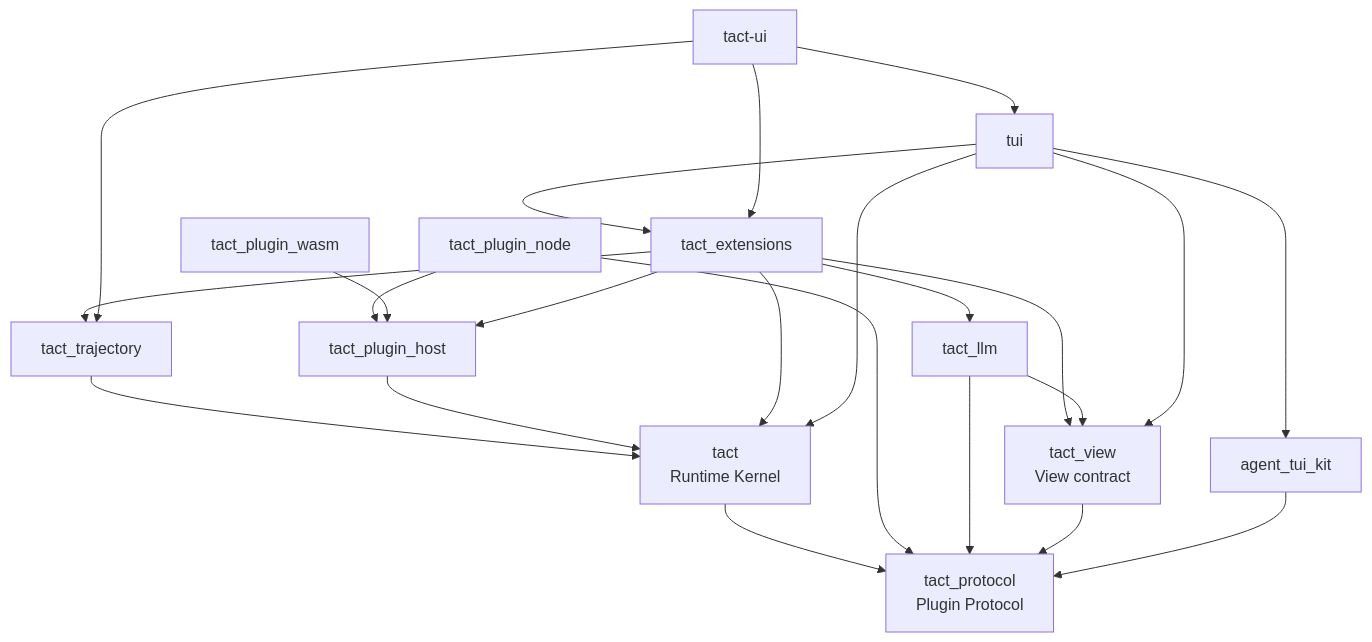
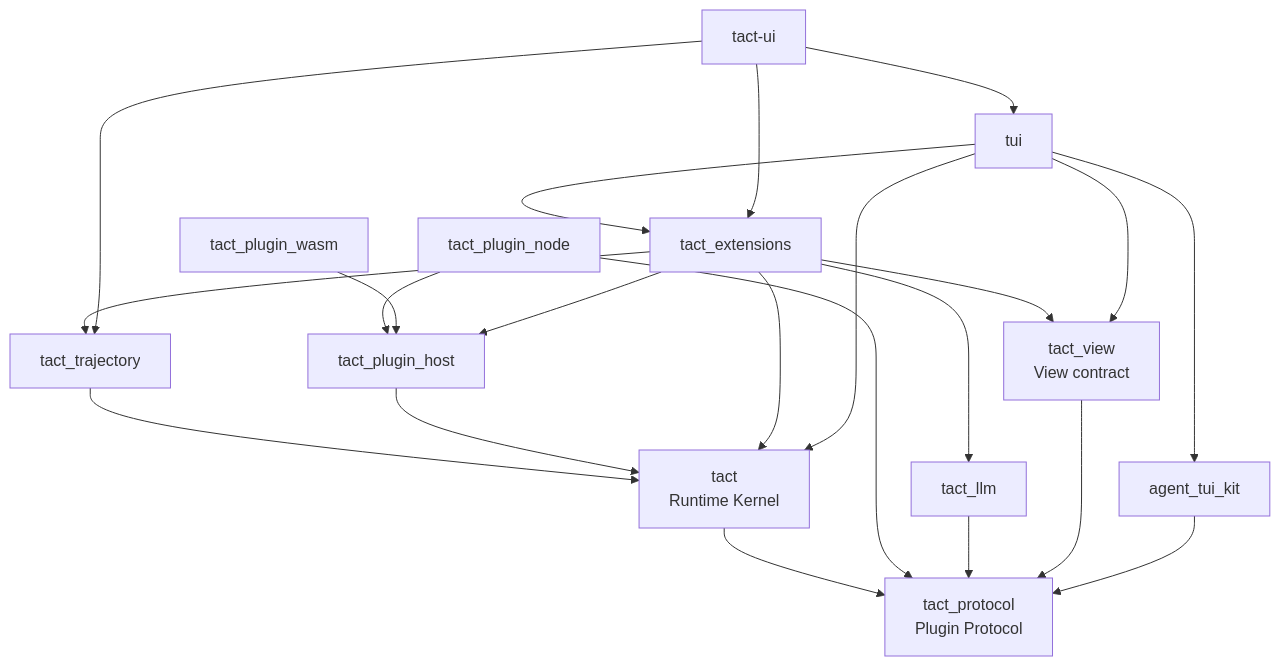
The first of 11 diagrams in ARCHITECTURE.md (rust-infra/tact), drawn with Mermaid before and after one commit. The commit also changed other lines of this file and 1 other file, not shown here.

First line of the commit message:
docs: plan the legacy view adapter removal and correct the dependency graph

````diff
--- a/ARCHITECTURE.md
+++ b/ARCHITECTURE.md
@@ -34,38 +34,37 @@
 ```mermaid
 flowchart TB
     protocol["tact_protocol<br/>Plugin Protocol"]
     kernel["tact<br/>Runtime Kernel"]
     traj["tact_trajectory"]
     host["tact_plugin_host"]
     node["tact_plugin_node"]
     wasm["tact_plugin_wasm"]
     ext["tact_extensions"]
     llm["tact_llm"]
     kit["agent_tui_kit"]
     tui["tui"]
     ui["tact-ui"]
 
     kernel --> protocol
     traj --> kernel
     host --> kernel
     node --> host
     node --> protocol
     wasm --> host
     view["tact_view<br/>View contract"]
     ext --> kernel
     ext --> traj
     ext --> host
     ext --> llm
     ext --> view
     llm --> protocol
-    llm --> view
     view --> protocol
     kit --> protocol
     tui --> ext
     tui --> kernel
     tui --> kit
     tui --> view
     ui --> ext
     ui --> tui
     ui --> traj
 ```
````
